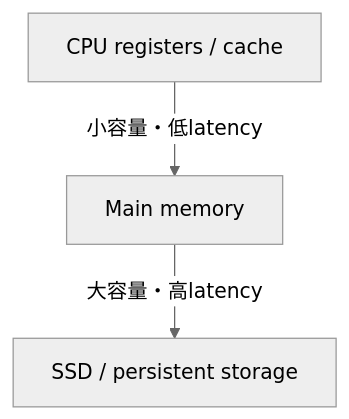
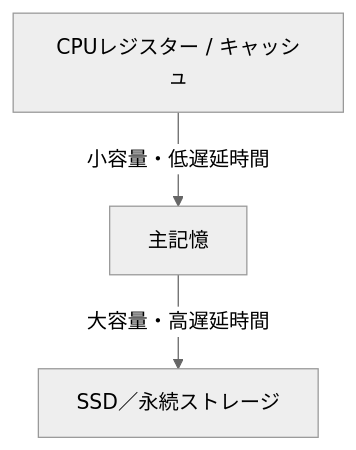
Before and after one commit to hirunebot/database-systems-book: the first of 4 diagrams in src/content/docs/02-storage/03-pages-records-buffer-pool.md, drawn with Mermaid (neutral theme). The commit also changed other lines of this file and 42 other files, not shown here.

````diff
--- a/src/content/docs/02-storage/03-pages-records-buffer-pool.md
+++ b/src/content/docs/02-storage/03-pages-records-buffer-pool.md
@@ -25,8 +25,8 @@
 ```mermaid
 flowchart TB
-    CPU["CPU registers / cache"]
-    RAM["Main memory"]
-    SSD["SSD / persistent storage"]
-    CPU -->|"小容量・低latency"| RAM
-    RAM -->|"大容量・高latency"| SSD
+    CPU["CPUレジスター / キャッシュ"]
+    RAM["主記憶"]
+    SSD["SSD／永続ストレージ"]
+    CPU -->|"小容量・低遅延時間"| RAM
+    RAM -->|"大容量・高遅延時間"| SSD
 ```
````
